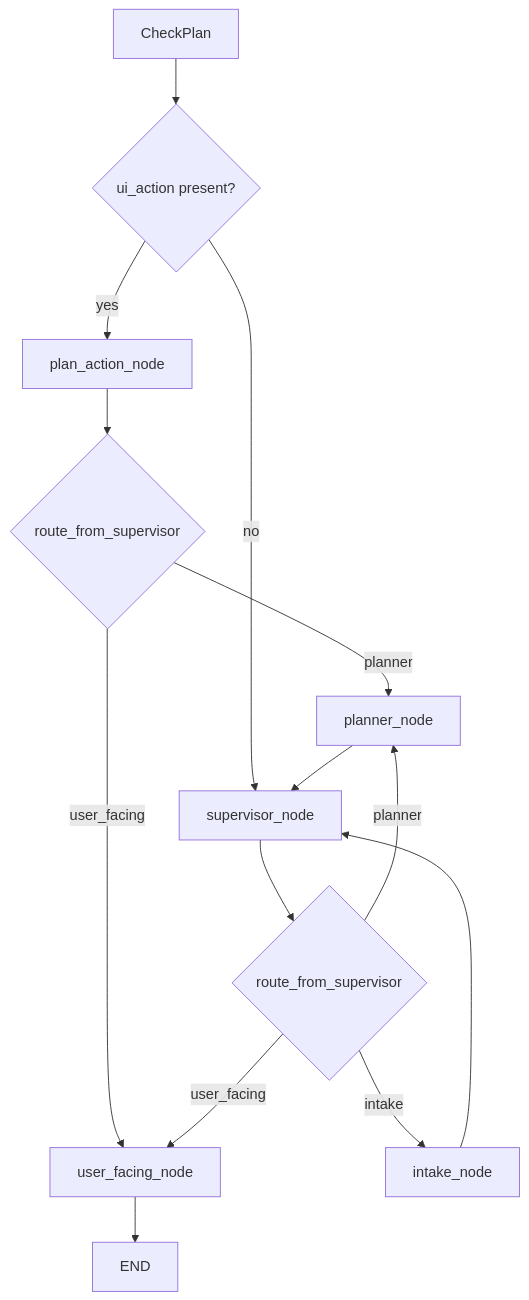
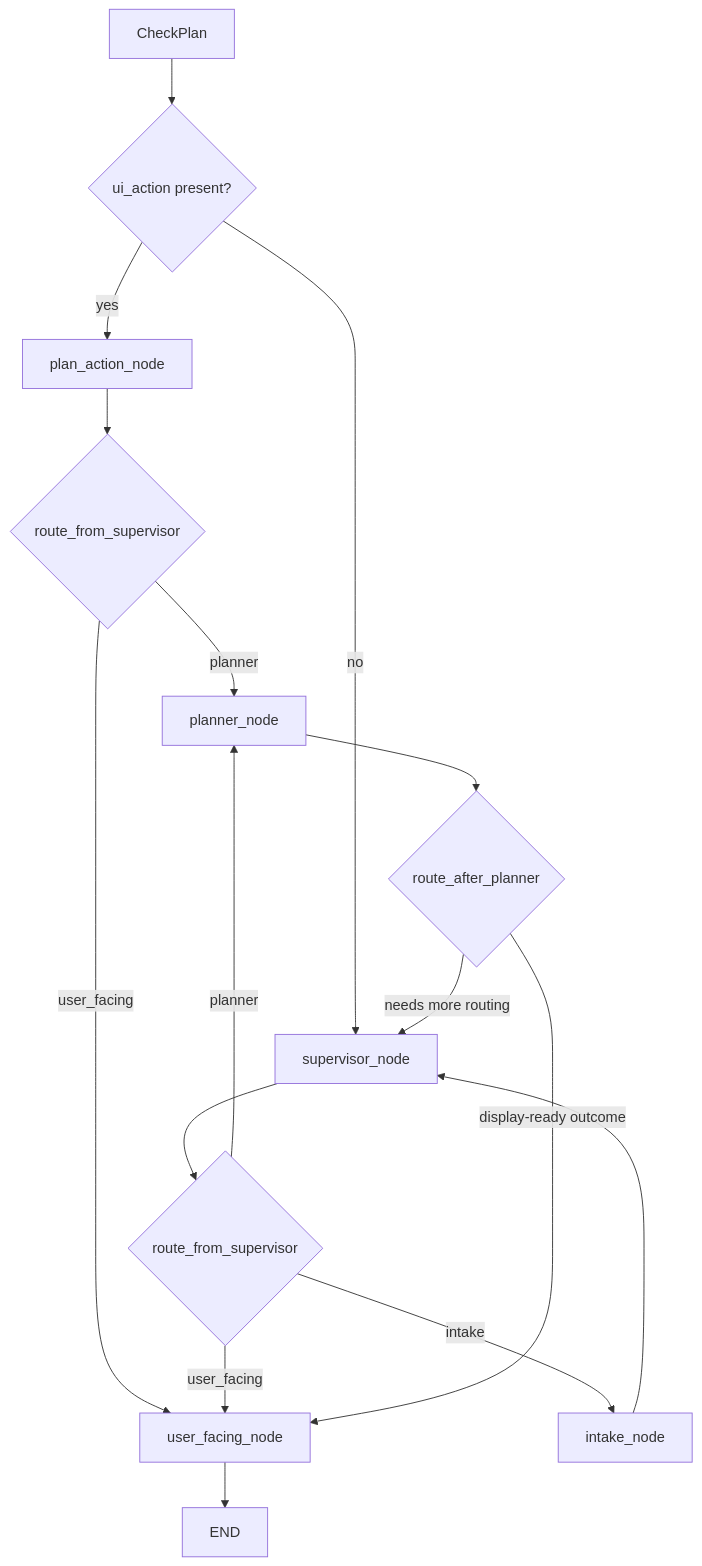
Before and after one commit to SaathiAI/PrivateSkedio: the first of 11 diagrams in Weekly-Study-Planner/supervisor_slop_diagram.md, drawn with Mermaid. The commit also changed other lines of this file and 25 other files, not shown here.

````diff
--- a/Weekly-Study-Planner/supervisor_slop_diagram.md
+++ b/Weekly-Study-Planner/supervisor_slop_diagram.md
@@ -9,20 +9,22 @@
 ```mermaid
 flowchart TD
     CheckPlan --> DecideAction{"ui_action present?"}
     DecideAction -->|yes| PlanAction["plan_action_node"]
     DecideAction -->|no| Supervisor["supervisor_node"]
 
     PlanAction --> RouteA{"route_from_supervisor"}
     Supervisor --> RouteB{"route_from_supervisor"}
 
     RouteA -->|planner| Planner["planner_node"]
     RouteA -->|user_facing| UserFacing["user_facing_node"]
 
     RouteB -->|intake| Intake["intake_node"]
     RouteB -->|planner| Planner
     RouteB -->|user_facing| UserFacing
 
     Intake --> Supervisor
-    Planner --> Supervisor
+    Planner --> PlannerRoute{"route_after_planner"}
+    PlannerRoute -->|display-ready outcome| UserFacing
+    PlannerRoute -->|needs more routing| Supervisor
     UserFacing --> End["END"]
 ```
````
